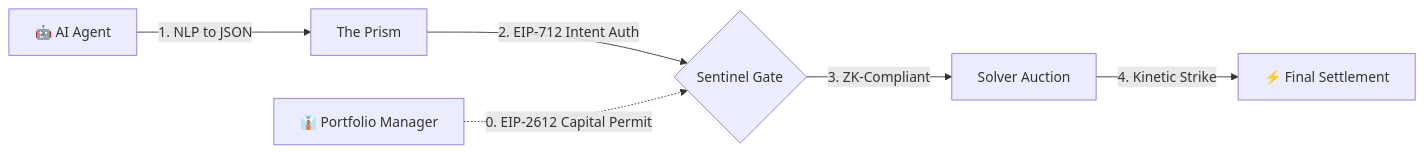
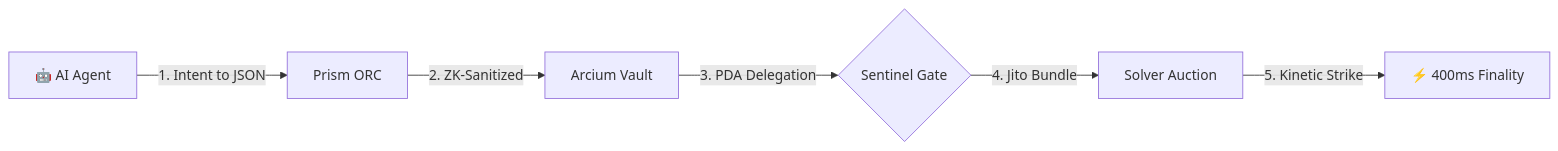
Before and after one commit to bronyhomie365/spacedeck-protocol: the diagram in README.md, drawn with Mermaid. The commit also changed other lines of this file and 6 other files, not shown here.

Commit message:
feat: institutional SVM re-architecture (Solana Native Pivot)

````diff
--- a/README.md
+++ b/README.md
@@ -28,8 +29,8 @@
 ```mermaid
 graph LR
-    Agent["🤖 AI Agent"] -->|"1. NLP to JSON"| Prism["The Prism"]
-    Prism -->|"2. EIP-712 Intent Auth"| Gate{"Sentinel Gate"}
-    Manager["👔 Portfolio Manager"] -.->|"0. EIP-2612 Capital Permit"| Gate
-    Gate -->|"3. ZK-Compliant"| Auction["Solver Auction"]
-    Auction -->|"4. Kinetic Strike"| Settlement["⚡ Final Settlement"]
+    Agent["🤖 AI Agent"] -->|"1. Intent to JSON"| Prism["Prism ORC"]
+    Prism -->|"2. ZK-Sanitized"| Arcium["Arcium Vault"]
+    Arcium -->|"3. PDA Delegation"| Gate{"Sentinel Gate"}
+    Gate -->|"4. Jito Bundle"| Auction["Solver Auction"]
+    Auction -->|"5. Kinetic Strike"| Settlement["⚡ 400ms Finality"]
 ```
````
